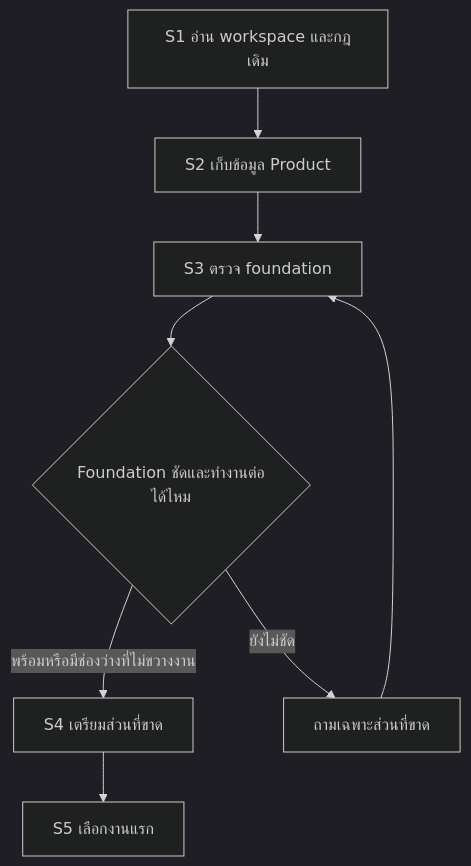
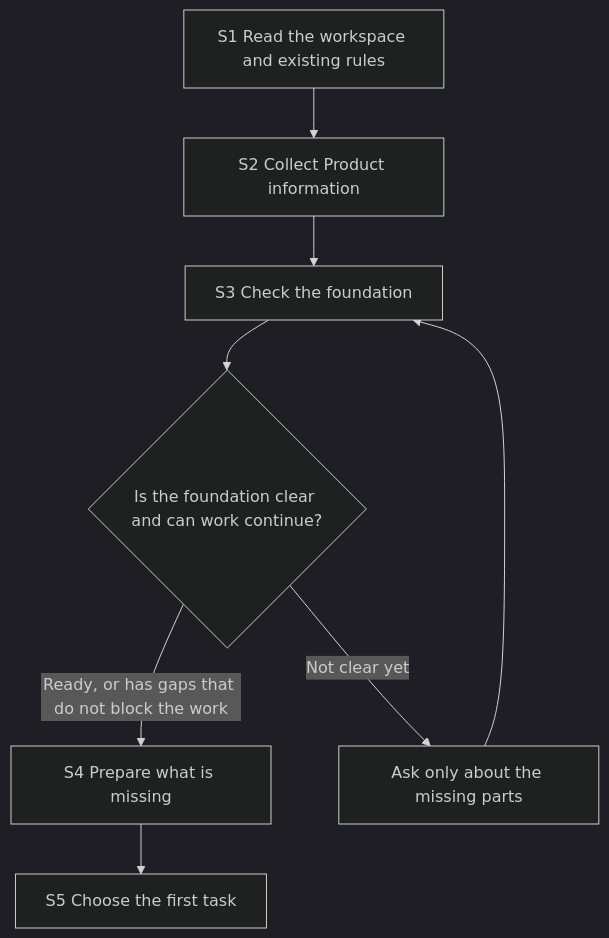
Before and after one commit to PraewNAT/cariva-design-workspace: the first of 7 diagrams in design-system/rules/workflow-map.md, drawn with Mermaid (dark theme). The commit also changed other lines of this file and 190 other files, not shown here.

````diff
--- a/design-system/rules/workflow-map.md
+++ b/design-system/rules/workflow-map.md
@@ -33,12 +33,12 @@
 ```mermaid
 flowchart TD
-    S1["S1 อ่าน workspace และกฎเดิม"]
-    S2["S2 เก็บข้อมูล Product"]
-    S3["S3 ตรวจ foundation"]
-    S4["S4 เตรียมส่วนที่ขาด"]
-    S5["S5 เลือกงานแรก"]
-    S1 --> S2 --> S3 --> Q{Foundation ชัดและทำงานต่อได้ไหม}
-    Q -->|ยังไม่ชัด| A[ถามเฉพาะส่วนที่ขาด]
+    S1["S1 Read the workspace and existing rules"]
+    S2["S2 Collect Product information"]
+    S3["S3 Check the foundation"]
+    S4["S4 Prepare what is missing"]
+    S5["S5 Choose the first task"]
+    S1 --> S2 --> S3 --> Q{Is the foundation clear and can work continue?}
+    Q -->|Not clear yet| A[Ask only about the missing parts]
     A --> S3
-    Q -->|พร้อมหรือมีช่องว่างที่ไม่ขวางงาน| S4 --> S5
+    Q -->|Ready, or has gaps that do not block the work| S4 --> S5
 ```
````
